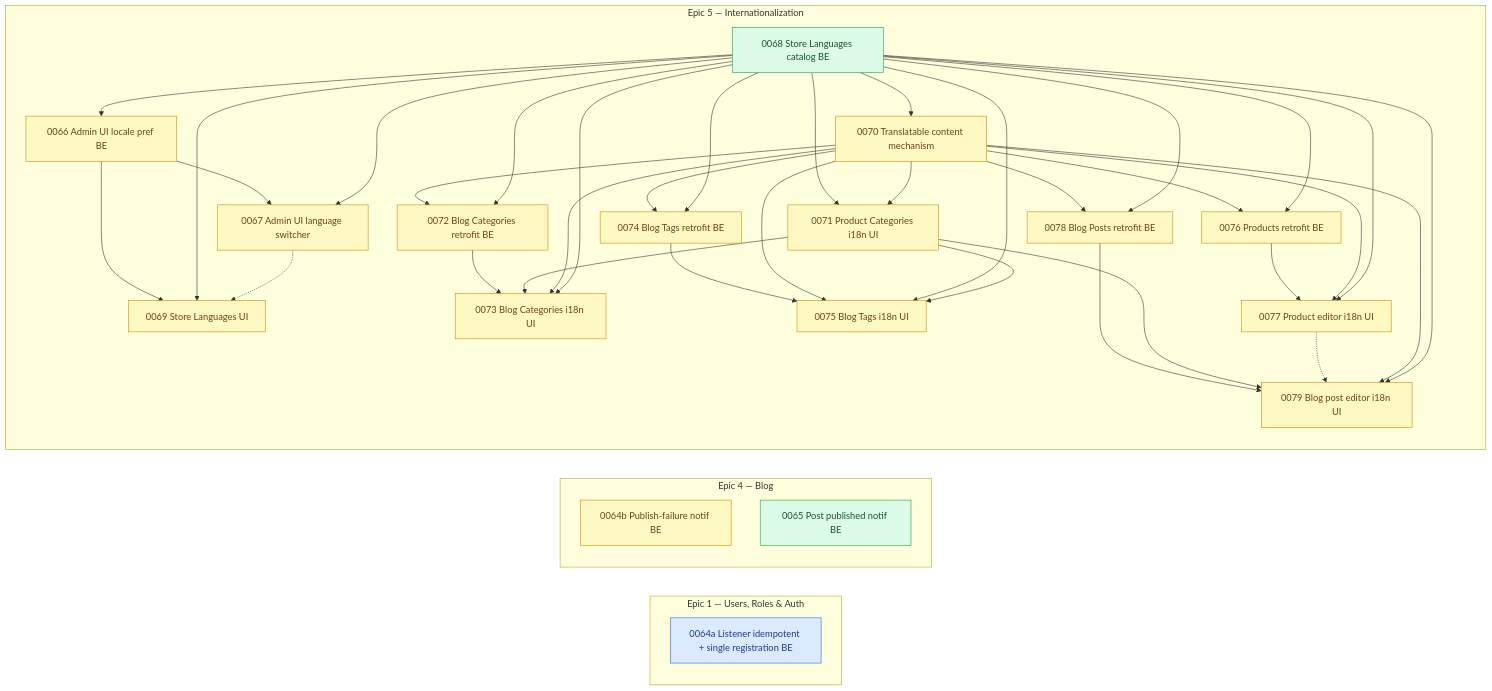
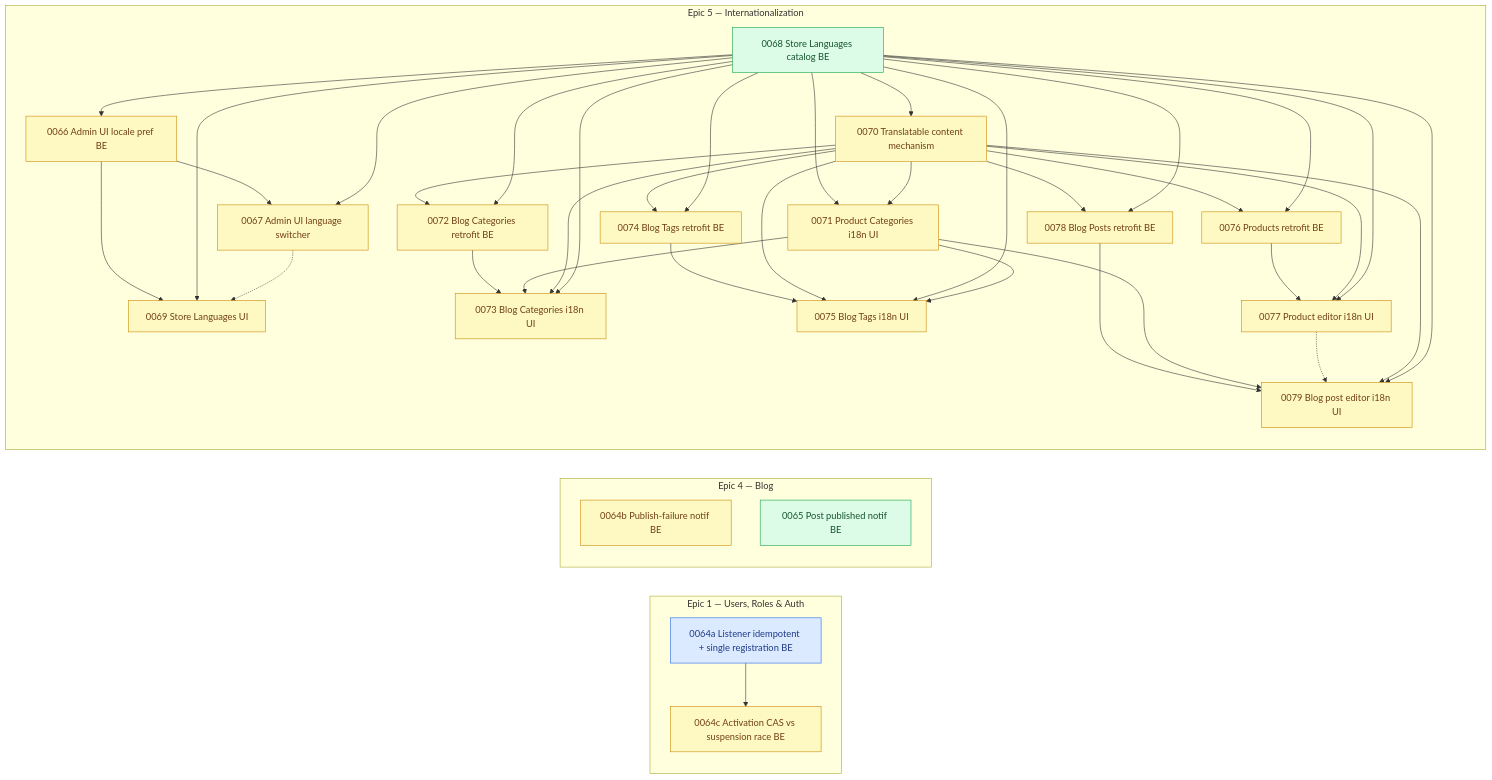
One commit to shojen/AI4Devs-finalproject changed the diagram in arospe/ai-spec/tasks-map.md. Above: the diagram before and after it, drawn with Mermaid. The commit also changed other lines of this file and 3 other files, not shown here.

First line of the commit message:
docs(tasks): add story 0064c (activation status race, compare-and-set)

````diff
--- a/arospe/ai-spec/tasks-map.md
+++ b/arospe/ai-spec/tasks-map.md
@@ -275,6 +278,7 @@
     subgraph PEND_AUTH["Epic 1 — Users, Roles & Auth"]
         direction TB
         P0064a["0064a Listener idempotent + single registration BE"]
+        P0064c["0064c Activation CAS vs suspension race BE"]
     end
 
     subgraph PEND_BLOG["Epic 4 — Blog"]
@@ -366,8 +370,9 @@
     P0077 -.-> P0079
     P0070 --> P0079
     P0068 --> P0079
+    P0064a --> P0064c
 
-    class P0064b,P0066,P0067,P0069,P0070,P0071,P0072,P0073,P0074,P0075,P0076,P0077,P0078,P0079 pending;
+    class P0064b,P0064c,P0066,P0067,P0069,P0070,P0071,P0072,P0073,P0074,P0075,P0076,P0077,P0078,P0079 pending;
     class P0064a claimed;
     class P0065,P0068 ready;
 ```
````
